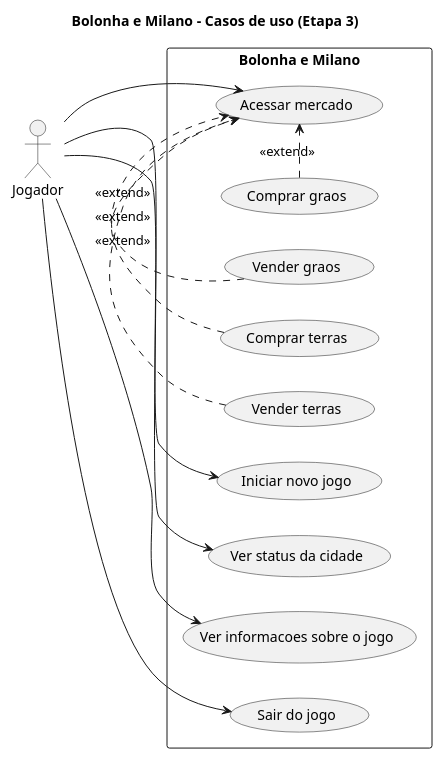
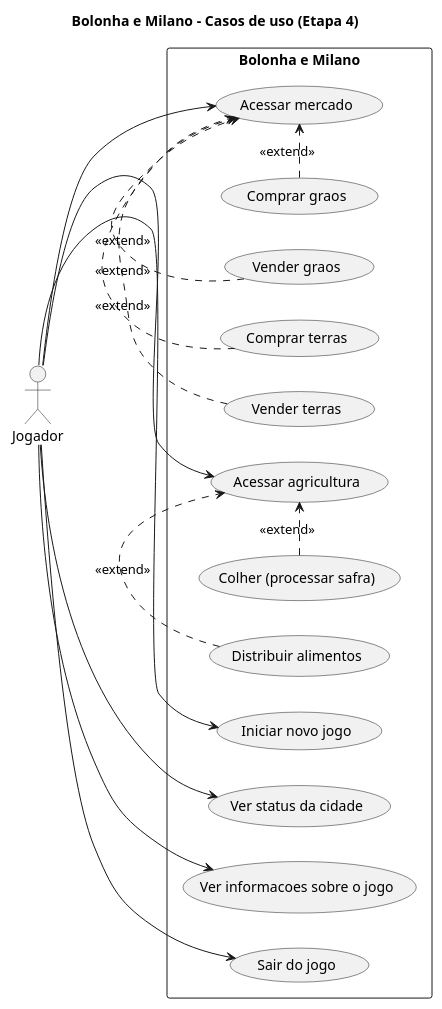
Before and after one commit to GabrieldasGracas/bolognaemilano: the diagram in diagrama-casos-de-uso.puml, drawn with PlantUML. The commit also changed 5 other files, not shown here.

```diff
--- a/diagrama-casos-de-uso.puml
+++ b/diagrama-casos-de-uso.puml
@@ -1,27 +1,33 @@
 @startuml
-title Bolonha e Milano - Casos de uso (Etapa 3)
+title Bolonha e Milano - Casos de uso (Etapa 4)
 left to right direction
 actor Jogador
 
 rectangle "Bolonha e Milano" {
   usecase "Iniciar novo jogo" as UC1
   usecase "Ver status da cidade" as UC2
   usecase "Acessar mercado" as UC3
+  usecase "Acessar agricultura" as UC10
   usecase "Ver informacoes sobre o jogo" as UC4
   usecase "Sair do jogo" as UC5
   usecase "Comprar graos" as UC6
   usecase "Vender graos" as UC7
   usecase "Comprar terras" as UC8
   usecase "Vender terras" as UC9
+  usecase "Colher (processar safra)" as UC11
+  usecase "Distribuir alimentos" as UC12
 }
 
 Jogador --> UC1
 Jogador --> UC2
 Jogador --> UC3
+Jogador --> UC10
 Jogador --> UC4
 Jogador --> UC5
 UC6 .> UC3 : <<extend>>
 UC7 .> UC3 : <<extend>>
 UC8 .> UC3 : <<extend>>
 UC9 .> UC3 : <<extend>>
+UC11 .> UC10 : <<extend>>
+UC12 .> UC10 : <<extend>>
 @enduml
```
